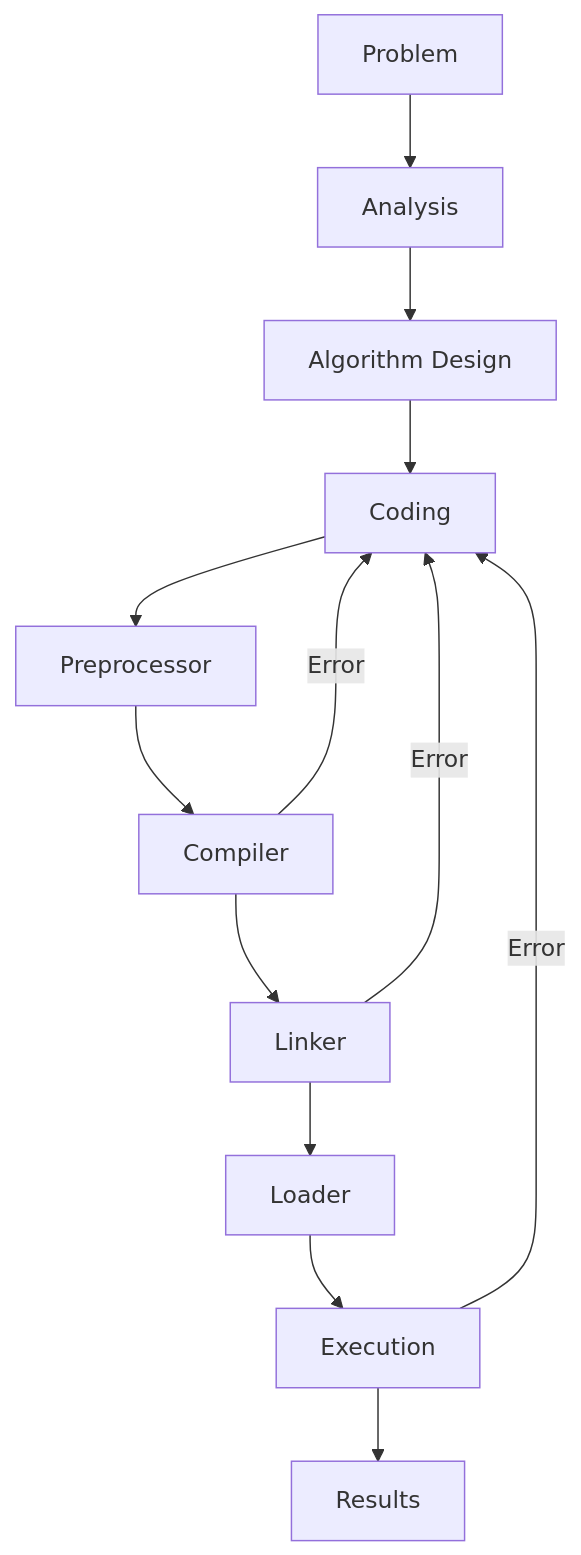
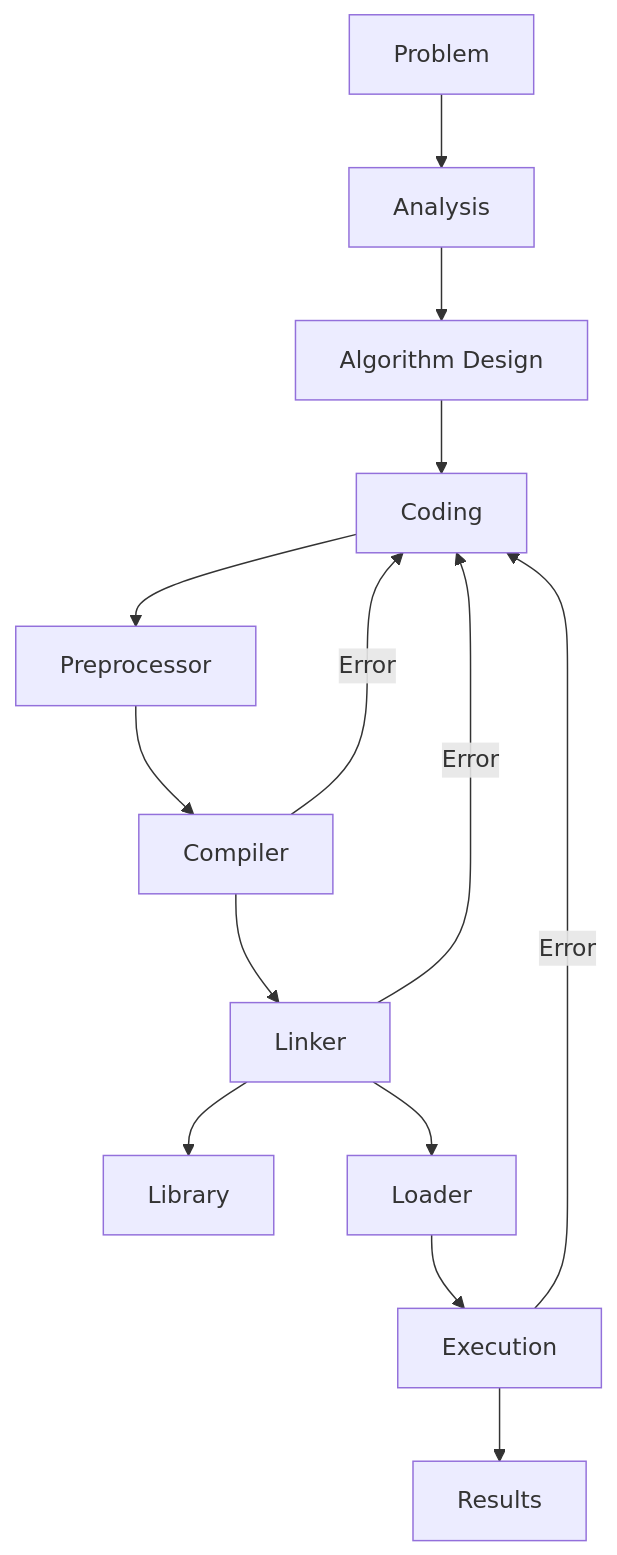
One commit to Muhammad-Hussain456/Fundamentals_of_Programming- changed the second of 2 diagrams in 02_chapter-1-processing-cpp-program.md. Above: the diagram before and after it, drawn with Mermaid.

````diff
--- a/02_chapter-1-processing-cpp-program.md
+++ b/02_chapter-1-processing-cpp-program.md
@@ -96,16 +96,18 @@
 ```mermaid
 flowchart TD
     A[Problem] --> B[Analysis]
     B --> C[Algorithm Design]
     C --> D[Coding]
     D --> E[Preprocessor]
     E --> F[Compiler]
     F -->|Error| D
     F --> G[Linker]
     G -->|Error| D
+    G --> L[Library]
     G --> H[Loader]
     H --> I[Execution]
     I -->|Error| D
     I --> J[Results]
 
+
 ```
````
